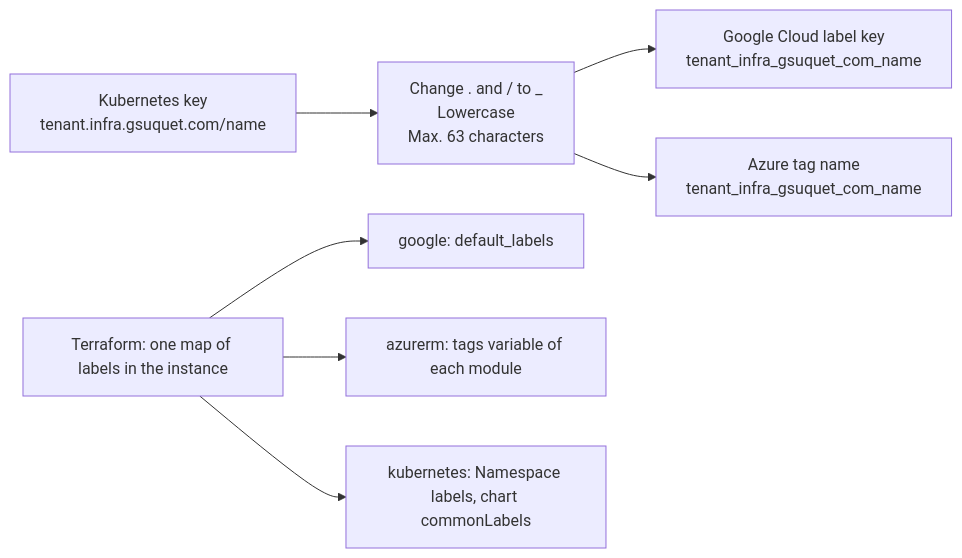
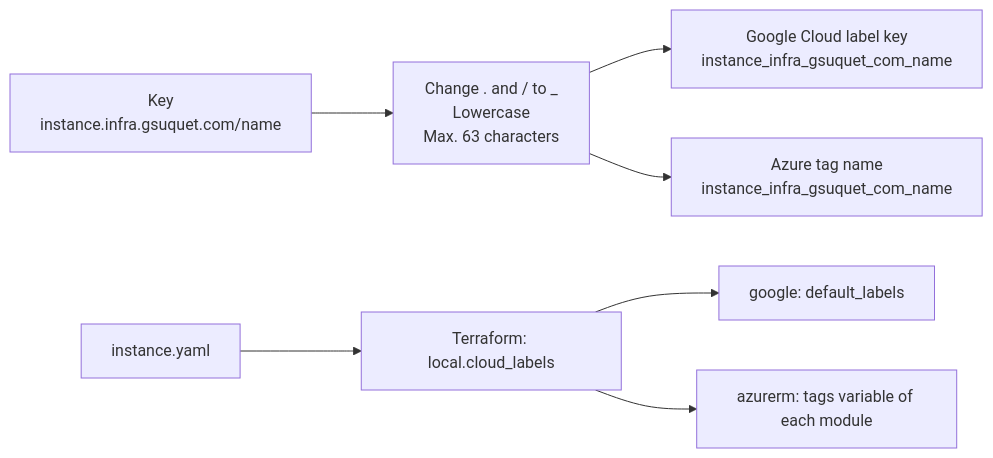
The second of 2 diagrams in docs/records/rfcs/0004-labels-and-annotations.md (gsuquet/homelab), drawn with Mermaid before and after one commit. The commit also changed other lines of this file, not shown here.

````diff
--- a/docs/records/rfcs/0004-labels-and-annotations.md
+++ b/docs/records/rfcs/0004-labels-and-annotations.md
@@ -292,9 +299,9 @@
 ```mermaid
 flowchart LR
-    k8s["Kubernetes key<br/>tenant.infra.gsuquet.com/name"] --> rule["Change . and / to _<br/>Lowercase<br/>Max. 63 characters"]
-    rule --> gcp["Google Cloud label key<br/>tenant_infra_gsuquet_com_name"]
-    rule --> az["Azure tag name<br/>tenant_infra_gsuquet_com_name"]
-    tf["Terraform: one map of labels in the instance"] --> gdl["google: default_labels"]
+    k8s["Key<br/>instance.infra.gsuquet.com/name"] --> rule["Change . and / to _<br/>Lowercase<br/>Max. 63 characters"]
+    rule --> gcp["Google Cloud label key<br/>instance_infra_gsuquet_com_name"]
+    rule --> az["Azure tag name<br/>instance_infra_gsuquet_com_name"]
+    yaml["instance.yaml"] --> tf["Terraform: local.cloud_labels"]
+    tf --> gdl["google: default_labels"]
     tf --> azt["azurerm: tags variable of each module"]
-    tf --> kl["kubernetes: Namespace labels, chart commonLabels"]
 ```
````
